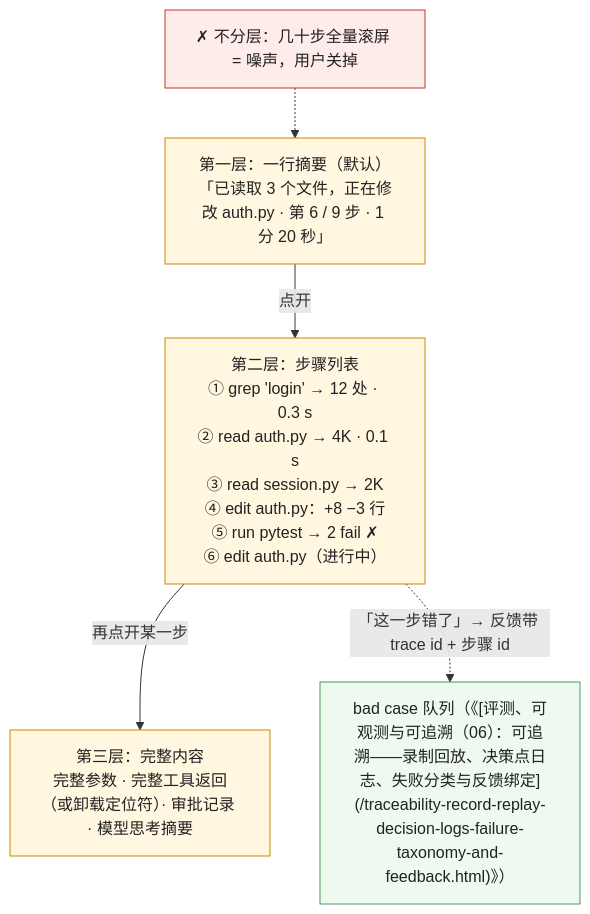
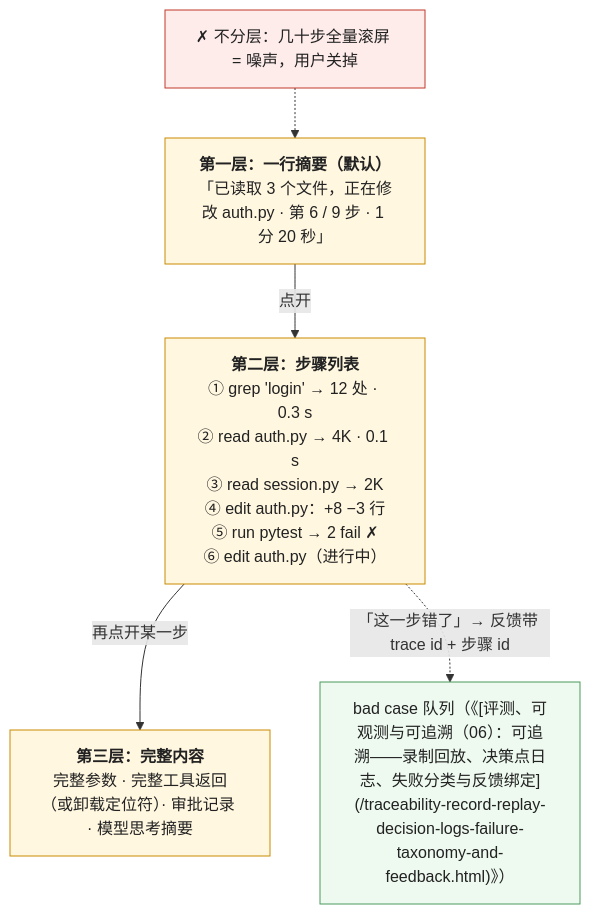
Before and after one commit to arganzheng/arganzheng.github.com: the third of 5 diagrams in _posts/2026-11-19-presenting-uncertainty-and-beyond-the-chat-box.md, drawn with Mermaid. The commit also changed other lines of this file and 5 other files, not shown here.

First line of the commit message:
产品与体验：把不确定的能力做成可信的产品：Mermaid 多行方框的首行标为标题（6 篇）

````diff
--- a/_posts/2026-11-19-presenting-uncertainty-and-beyond-the-chat-box.md
+++ b/_posts/2026-11-19-presenting-uncertainty-and-beyond-the-chat-box.md
@@ -125,15 +125,15 @@
 ```mermaid
 %% 图：agent 步骤的分层呈现——默认只有一行摘要「已读取 3 个文件，正在修改 auth.py」；点开到步骤列表（每步的工具、参数摘要、结果摘要、耗时）；再点开到完整内容（完整参数、完整返回、模型的思考摘要）；不分层的全量步骤流是噪声，用户会关掉；每一层都能从这里点「这步错了」带 trace id 反馈
 flowchart TB
-    L1["第一层：一行摘要（默认）<br/>「已读取 3 个文件，正在修改 auth.py · 第 6 / 9 步 · 1 分 20 秒」"]
-    L1 -->|"点开"| L2["第二层：步骤列表<br/>① grep 'login' → 12 处 · 0.3 s<br/>② read auth.py → 4K · 0.1 s<br/>③ read session.py → 2K<br/>④ edit auth.py：+8 −3 行<br/>⑤ run pytest → 2 fail ✗<br/>⑥ edit auth.py（进行中）"]
-    L2 -->|"再点开某一步"| L3["第三层：完整内容<br/>完整参数 · 完整工具返回（或卸载定位符）· 审批记录 · 模型思考摘要"]
+    L1["<b>第一层：一行摘要（默认）</b><br/>「已读取 3 个文件，正在修改 auth.py · 第 6 / 9 步 · 1 分 20 秒」"]
+    L1 -->|"点开"| L2["<b>第二层：步骤列表</b><br/>① grep 'login' → 12 处 · 0.3 s<br/>② read auth.py → 4K · 0.1 s<br/>③ read session.py → 2K<br/>④ edit auth.py：+8 −3 行<br/>⑤ run pytest → 2 fail ✗<br/>⑥ edit auth.py（进行中）"]
+    L2 -->|"再点开某一步"| L3["<b>第三层：完整内容</b><br/>完整参数 · 完整工具返回（或卸载定位符）· 审批记录 · 模型思考摘要"]
     L2 -.->|"「这一步错了」→ 反馈带 trace id + 步骤 id"| FB["bad case 队列（《[评测、可观测与可追溯（06）：可追溯——录制回放、决策点日志、失败分类与反馈绑定](/traceability-record-replay-decision-logs-failure-taxonomy-and-feedback.html)》）"]
     X["✗ 不分层：几十步全量滚屏 = 噪声，用户关掉"] -.-> L1
     classDef l fill:#fff7e0,stroke:#c98a00,color:#222
     classDef fb fill:#eefaf0,stroke:#4d9a5c,color:#222
     classDef bad fill:#fdecea,stroke:#c0392b,color:#222
     class L1,L2,L3 l
     class FB fb
     class X bad
 ```
````
